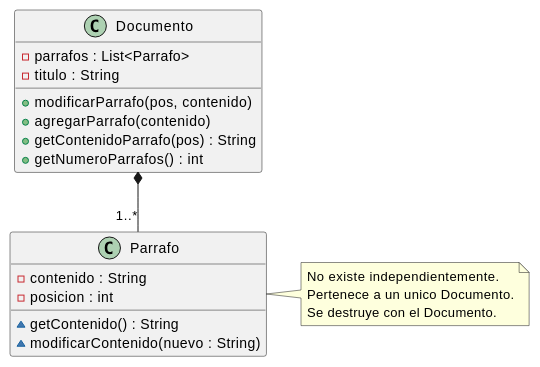
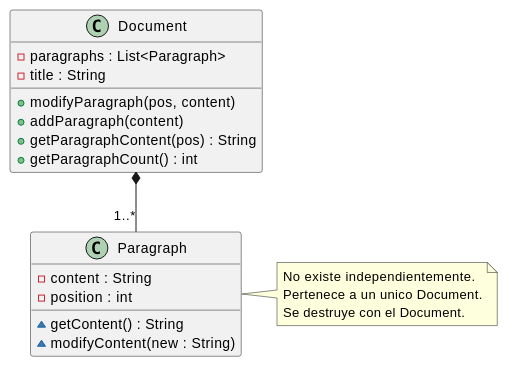
The diagram in source/requisitos/_metodologia-aplicacion/agregacion-interfaces/diagrama-uml-1.rst (jcg-admin/IACT-docs), drawn with PlantUML before and after one commit. The commit also changed 16 other files, not shown here.

```diff
--- a/source/requisitos/_metodologia-aplicacion/agregacion-interfaces/diagrama-uml-1.rst
+++ b/source/requisitos/_metodologia-aplicacion/agregacion-interfaces/diagrama-uml-1.rst
@@ -4,28 +4,28 @@
 .. uml::
 
    @startuml
    allowmixing
 
-   class Documento {
-     - parrafos : List<Parrafo>
-     - titulo : String
-     + modificarParrafo(pos, contenido)
-     + agregarParrafo(contenido)
-     + getContenidoParrafo(pos) : String
-     + getNumeroParrafos() : int
+   class Document {
+     - paragraphs : List<Paragraph>
+     - title : String
+     + modifyParagraph(pos, content)
+     + addParagraph(content)
+     + getParagraphContent(pos) : String
+     + getParagraphCount() : int
    }
 
-   class Parrafo {
-     - contenido : String
-     - posicion : int
-     ~ getContenido() : String
-     ~ modificarContenido(nuevo : String)
+   class Paragraph {
+     - content : String
+     - position : int
+     ~ getContent() : String
+     ~ modifyContent(new : String)
    }
 
-   Documento *-- "1..*" Parrafo
-   note right of Parrafo
+   Document *-- "1..*" Paragraph
+   note right of Paragraph
      No existe independientemente.
-     Pertenece a un unico Documento.
-     Se destruye con el Documento.
+     Pertenece a un unico Document.
+     Se destruye con el Document.
    end note
    @enduml
```
